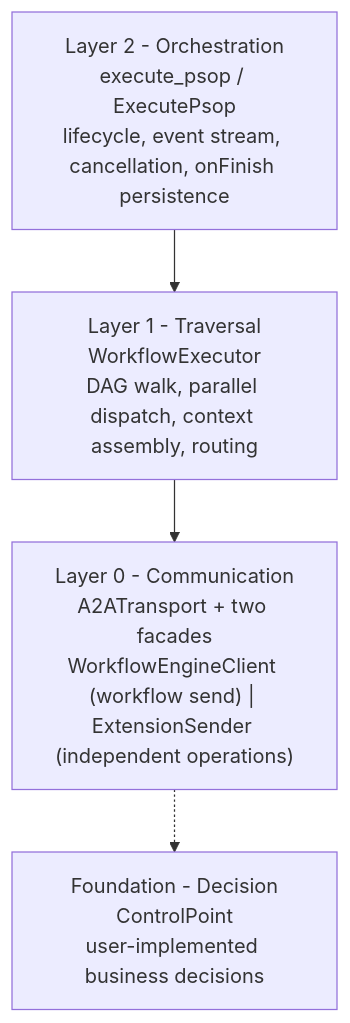
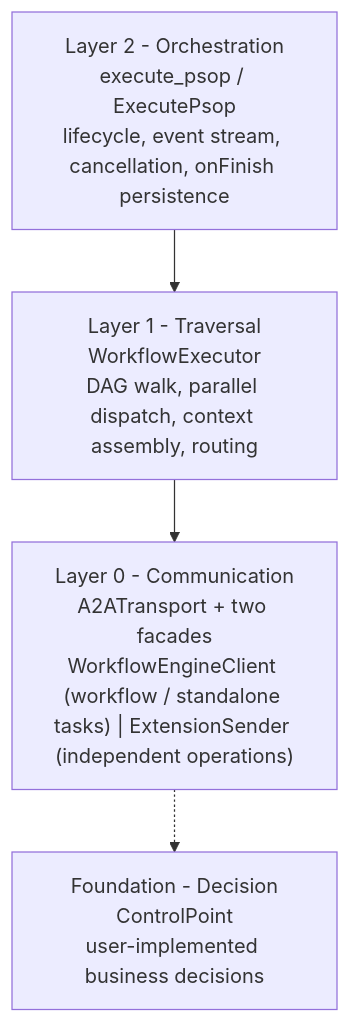
The second of 5 diagrams in docs/en/DESIGN.md (Zhoujie628/workflow-engine-sdk-java), drawn with Mermaid before and after one commit. The commit also changed other lines of this file and 10 other files, not shown here.

Commit message:
docs(client): document standalone task execution

````diff
--- a/docs/en/DESIGN.md
+++ b/docs/en/DESIGN.md
@@ -118,10 +118,10 @@
 ```mermaid
 graph TD
     L2["Layer 2 - Orchestration<br/>execute_psop / ExecutePsop<br/>lifecycle, event stream, cancellation, onFinish persistence"]
     L1["Layer 1 - Traversal<br/>WorkflowExecutor<br/>DAG walk, parallel dispatch, context assembly, routing"]
-    L0["Layer 0 - Communication<br/>A2ATransport + two facades<br/>WorkflowEngineClient (workflow send) | ExtensionSender (independent operations)"]
+    L0["Layer 0 - Communication<br/>A2ATransport + two facades<br/>WorkflowEngineClient (workflow / standalone tasks) | ExtensionSender (independent operations)"]
     F["Foundation - Decision<br/>ControlPoint<br/>user-implemented business decisions"]
 
     L2 --> L1 --> L0
     L0 -.-> F
 ```
````
